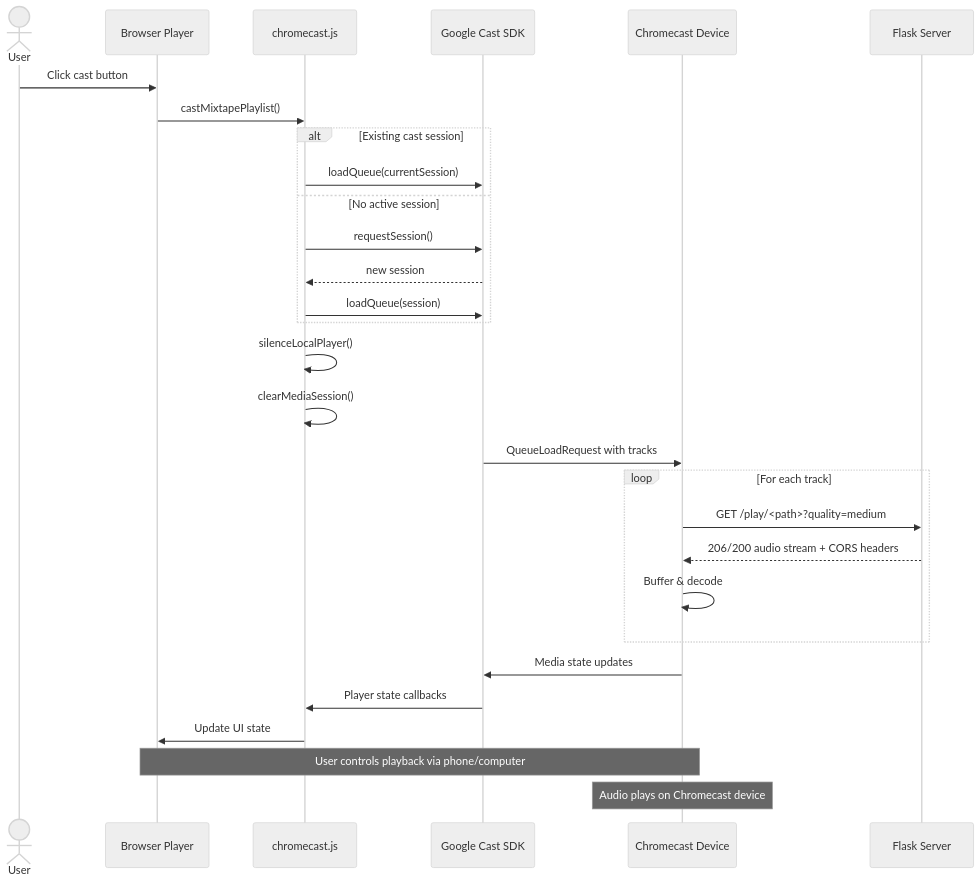
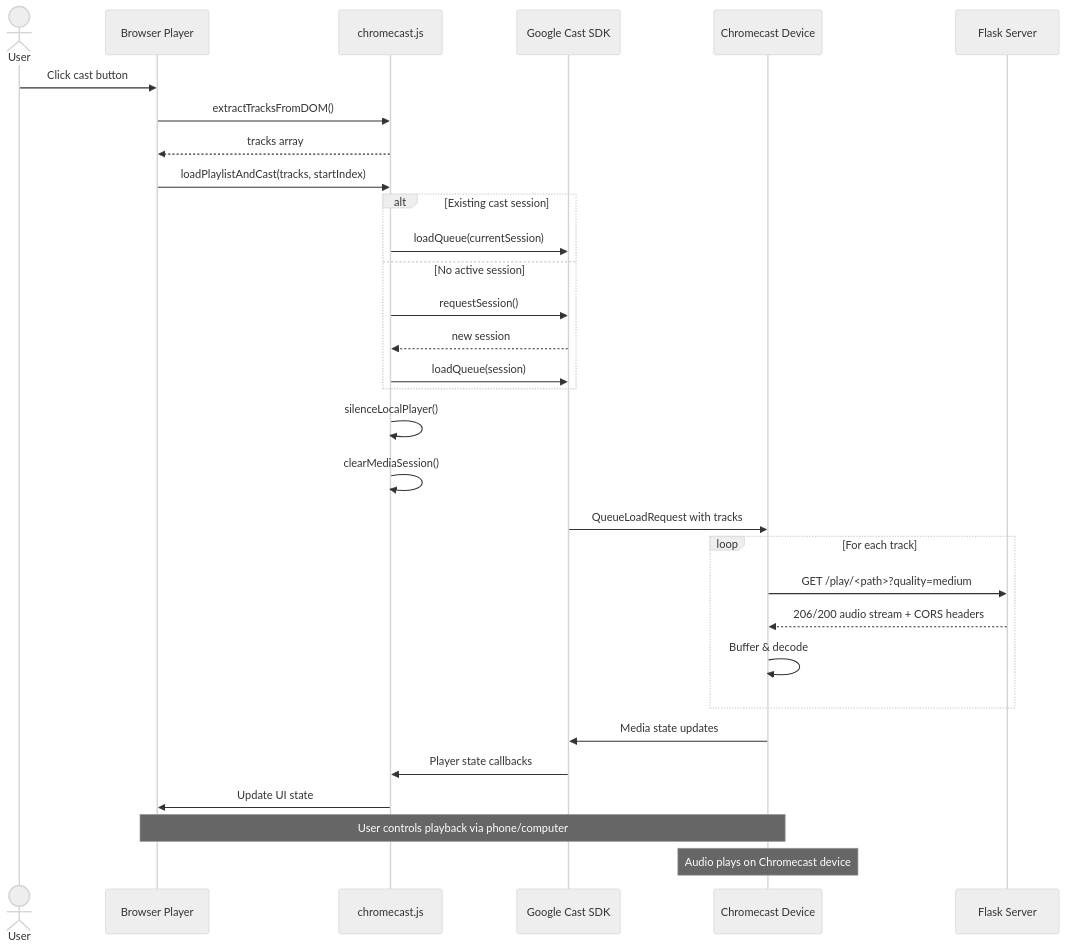
The second of 2 diagrams in docs/development/device-integration/chromecast/integration.md (mark-me/mixtape-society), drawn with Mermaid (neutral theme) before and after one commit. The commit also changed other lines of this file and 2 other files, not shown here.

Commit message:
Fix starting index when switching mixtapes

````diff
--- a/docs/development/device-integration/chromecast/integration.md
+++ b/docs/development/device-integration/chromecast/integration.md
@@ -54,38 +54,40 @@
 ```mermaid
 sequenceDiagram
     actor User
     participant Browser as Browser Player
     participant ChromecastJS as chromecast.js
     participant CastSDK as Google Cast SDK
     participant Receiver as Chromecast Device
     participant Server as Flask Server
 
     User->>Browser: Click cast button
-    Browser->>ChromecastJS: castMixtapePlaylist()
+    Browser->>ChromecastJS: extractTracksFromDOM()
+    ChromecastJS-->>Browser: tracks array
+    Browser->>ChromecastJS: loadPlaylistAndCast(tracks, startIndex)
 
     alt Existing cast session
         ChromecastJS->>CastSDK: loadQueue(currentSession)
     else No active session
         ChromecastJS->>CastSDK: requestSession()
         CastSDK-->>ChromecastJS: new session
         ChromecastJS->>CastSDK: loadQueue(session)
     end
 
     ChromecastJS->>ChromecastJS: silenceLocalPlayer()
     ChromecastJS->>ChromecastJS: clearMediaSession()
 
     CastSDK->>Receiver: QueueLoadRequest with tracks
 
     loop For each track
         Receiver->>Server: GET /play/<path>?quality=medium
         Server-->>Receiver: 206/200 audio stream + CORS headers
         Receiver->>Receiver: Buffer & decode
     end
 
     Receiver->>CastSDK: Media state updates
     CastSDK->>ChromecastJS: Player state callbacks
     ChromecastJS->>Browser: Update UI state
 
     Note over Browser,Receiver: User controls playback via phone/computer
     Note over Receiver: Audio plays on Chromecast device
 ```
````
